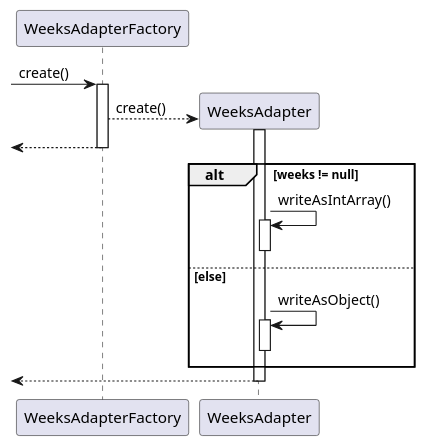
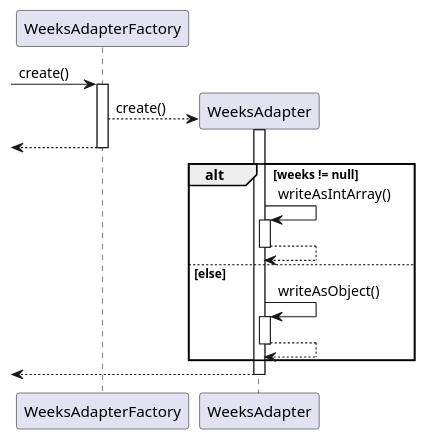
The diagram in docs/uml-diagrams/WeeksWrite.puml (nus-cs2113-AY2122S1/tp), drawn with PlantUML before and after one commit. The commit also changed 9 other files, not shown here.

Commit message:
Update to PUML files and diagrams.

```diff
--- a/docs/uml-diagrams/WeeksWrite.puml
+++ b/docs/uml-diagrams/WeeksWrite.puml
@@ -1,25 +1,27 @@
 @startuml
 
 [-> WeeksAdapterFactory : create()
 activate WeeksAdapterFactory
 
 WeeksAdapterFactory --> WeeksAdapter** : create()
 activate WeeksAdapter
 
 <-- WeeksAdapterFactory
 deactivate WeeksAdapterFactory
 
 alt weeks != null
     WeeksAdapter -> WeeksAdapter : writeAsIntArray()
     activate WeeksAdapter
+    WeeksAdapter --> WeeksAdapter
     deactivate WeeksAdapter
 else else
     WeeksAdapter -> WeeksAdapter : writeAsObject()
     activate WeeksAdapter
+    WeeksAdapter --> WeeksAdapter
     deactivate WeeksAdapter
 end
 
 <-- WeeksAdapter
 deactivate WeeksAdapter
 
 @enduml
```
